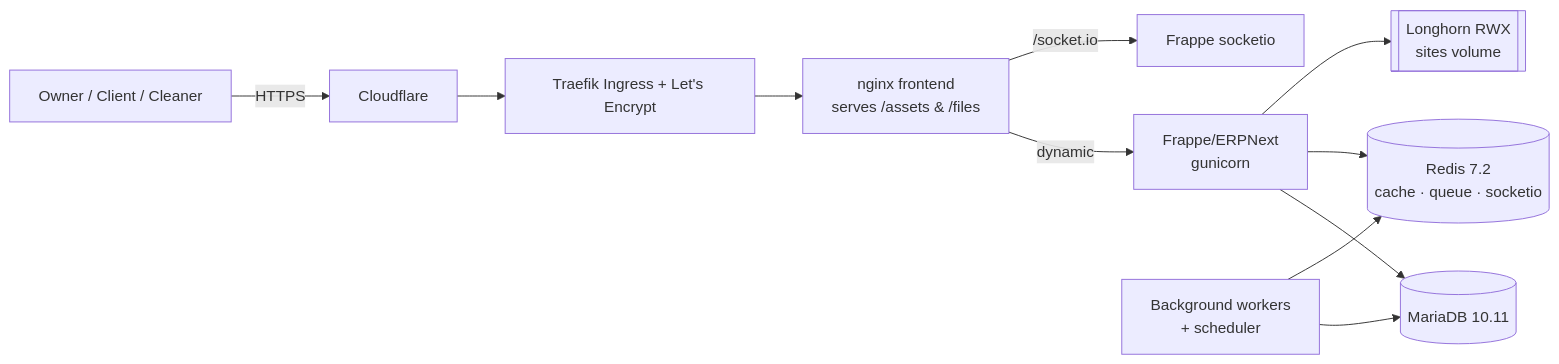
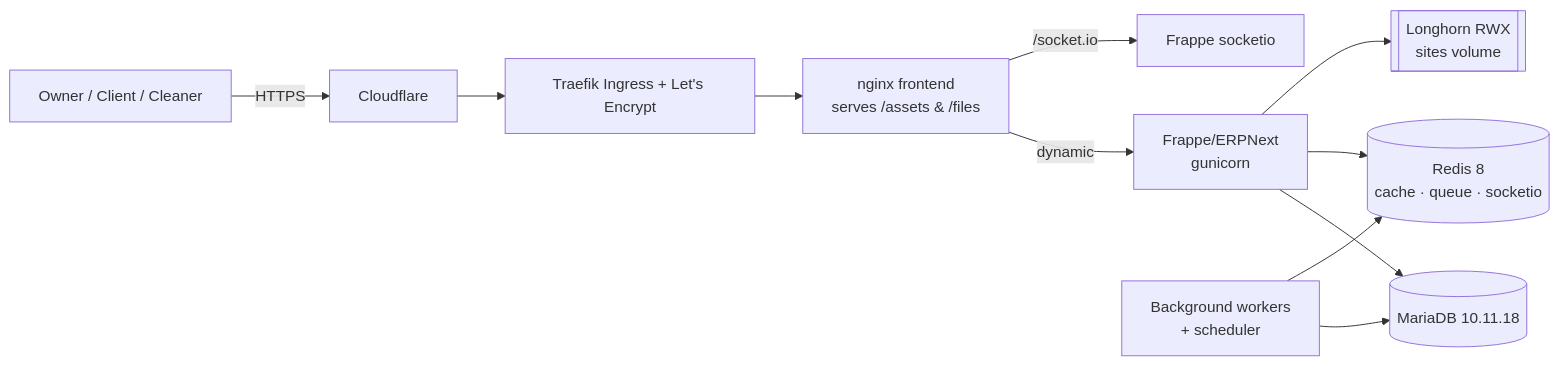
One commit to Trec-TorConsulting/easy-maid-service changed the diagram in README.md. Above: the diagram before and after it, drawn with Mermaid. The commit also changed other lines of this file and 13 other files, not shown here.

First line of the commit message:
chore(deploy): pin MariaDB 10.11.18 and upgrade Redis to 8 (#1)

````diff
--- a/README.md
+++ b/README.md
@@ -59,13 +59,13 @@
 ```mermaid
 flowchart LR
     U[Owner / Client / Cleaner] -->|HTTPS| CF[Cloudflare]
     CF --> T[Traefik Ingress + Let's Encrypt]
     T --> N[nginx frontend<br/>serves /assets & /files]
     N -->|dynamic| G[Frappe/ERPNext<br/>gunicorn]
     N -->|/socket.io| S[Frappe socketio]
-    G --> DB[(MariaDB 10.11)]
-    G --> R[(Redis 7.2<br/>cache · queue · socketio)]
+    G --> DB[(MariaDB 10.11.18)]
+    G --> R[(Redis 8<br/>cache · queue · socketio)]
     G --> L[[Longhorn RWX<br/>sites volume]]
     W[Background workers<br/>+ scheduler] --> DB
     W --> R
 ```
````
